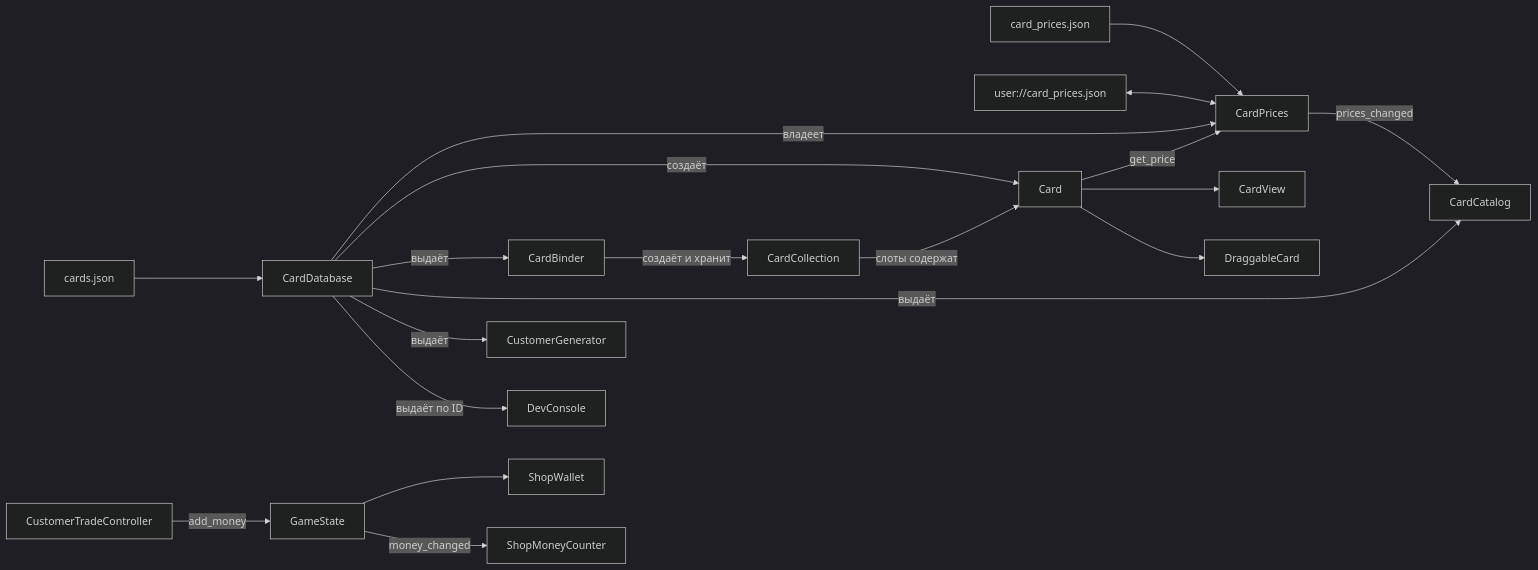
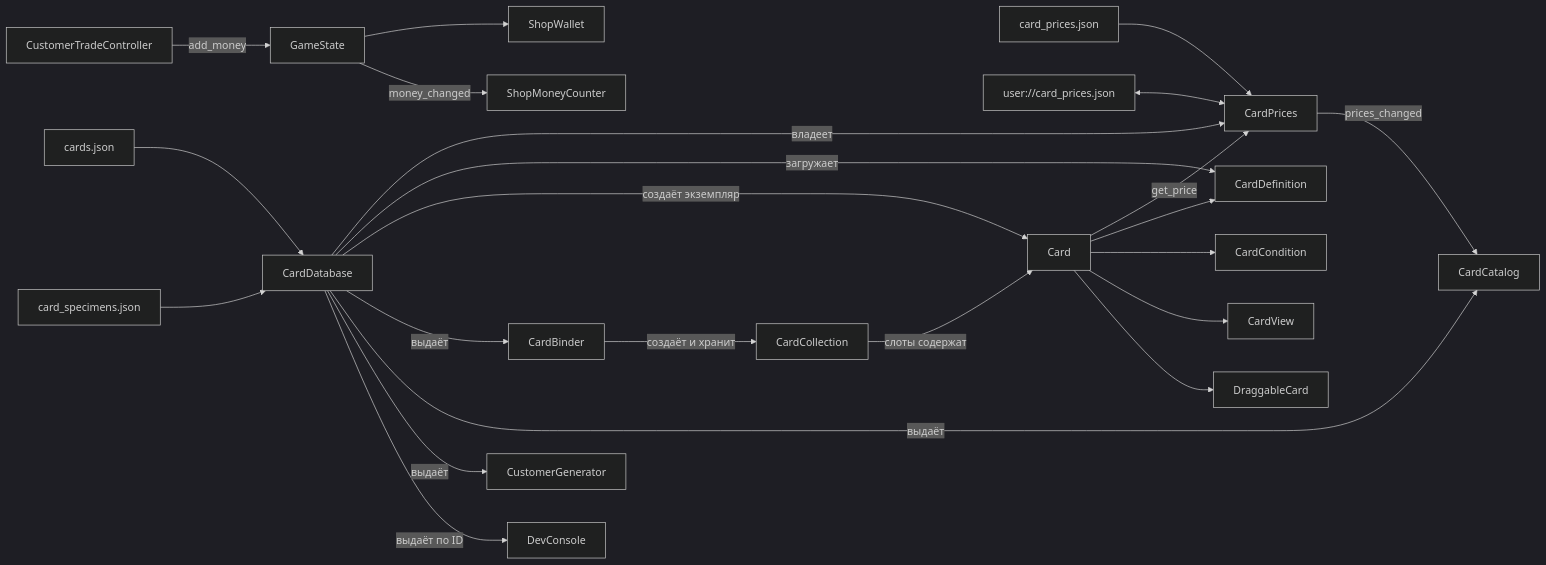
The second of 5 diagrams in DEPENDENCIES.md (Irbis888/CardTradingGame), drawn with Mermaid (dark theme) before and after one commit. The commit also changed other lines of this file and 24 other files, not shown here.

````diff
--- a/DEPENDENCIES.md
+++ b/DEPENDENCIES.md
@@ -28,21 +28,25 @@
 ```mermaid
 flowchart LR
     Json[cards.json] --> DB[CardDatabase]
     PriceJson[card_prices.json] --> Prices[CardPrices]
     SavedPrices[user://card_prices.json] <--> Prices
     DB -->|владеет| Prices
     Card -->|get_price| Prices
     Prices -->|prices_changed| Catalog
-    DB -->|создаёт| Card[Card]
+    DB -->|загружает| Definition[CardDefinition]
+    DB -->|создаёт экземпляр| Card[Card]
+    Card --> Definition
+    Card --> Condition[CardCondition]
+    Profiles[card_specimens.json] --> DB
     DB -->|выдаёт| Binder[CardBinder]
     DB -->|выдаёт| Catalog[CardCatalog]
     DB -->|выдаёт| Generator[CustomerGenerator]
     DB -->|выдаёт по ID| Console[DevConsole]
     Binder -->|создаёт и хранит| Collection[CardCollection]
     Collection -->|слоты содержат| Card
     Card --> CardView[CardView]
     Card --> DraggableCard[DraggableCard]
     State[GameState] --> Wallet[ShopWallet]
     Trade[CustomerTradeController] -->|add_money| State
     State -->|money_changed| MoneyUI[ShopMoneyCounter]
 ```
````
